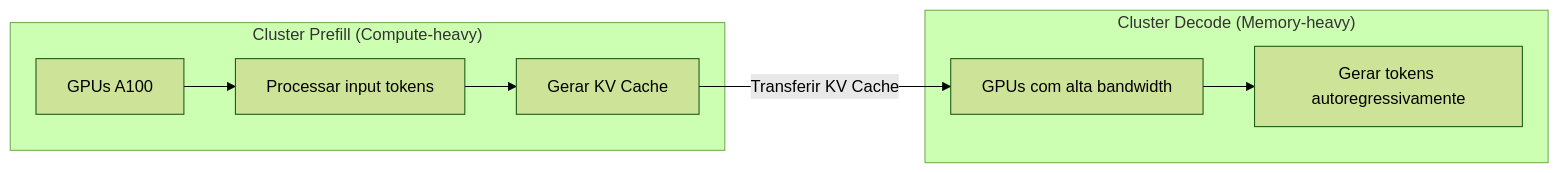
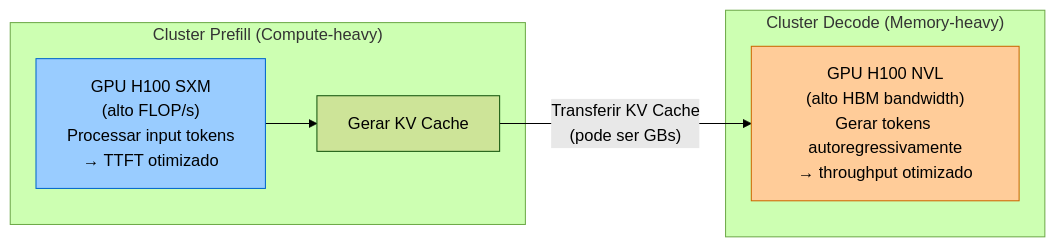
Before and after one commit to josenaldo/codex-technomanticus: the fifth of 5 diagrams in 03-Dominios/Tecnologia/IA/Anatomia dos LLMs/14 - Streaming, batching e latência.md, drawn with Mermaid (forest theme). The commit also changed other lines of this file and 5 other files, not shown here.

````diff
--- a/03-Dominios/Tecnologia/IA/Anatomia dos LLMs/14 - Streaming, batching e latência.md
+++ b/03-Dominios/Tecnologia/IA/Anatomia dos LLMs/14 - Streaming, batching e latência.md
@@ -120,13 +176,14 @@
 ```mermaid
 graph LR
     subgraph "Cluster Prefill (Compute-heavy)"
-        A[GPUs A100] --> B[Processar input tokens]
-        B --> C[Gerar KV Cache]
+        A["GPU H100 SXM\n(alto FLOP/s)\nProcessar input tokens\n→ TTFT otimizado"]
+        B["Gerar KV Cache"]
+        A --> B
     end
-    
     subgraph "Cluster Decode (Memory-heavy)"
-        D[GPUs com alta bandwidth] --> E[Gerar tokens autoregressivamente]
+        C["GPU H100 NVL\n(alto HBM bandwidth)\nGerar tokens autoregressivamente\n→ throughput otimizado"]
     end
-    
-    C -->|Transferir KV Cache| D
+    B -->|"Transferir KV Cache\n(pode ser GBs)"| C
+    style A fill:#99ccff,stroke:#0066cc
+    style C fill:#ffcc99,stroke:#cc6600
 ```
````
